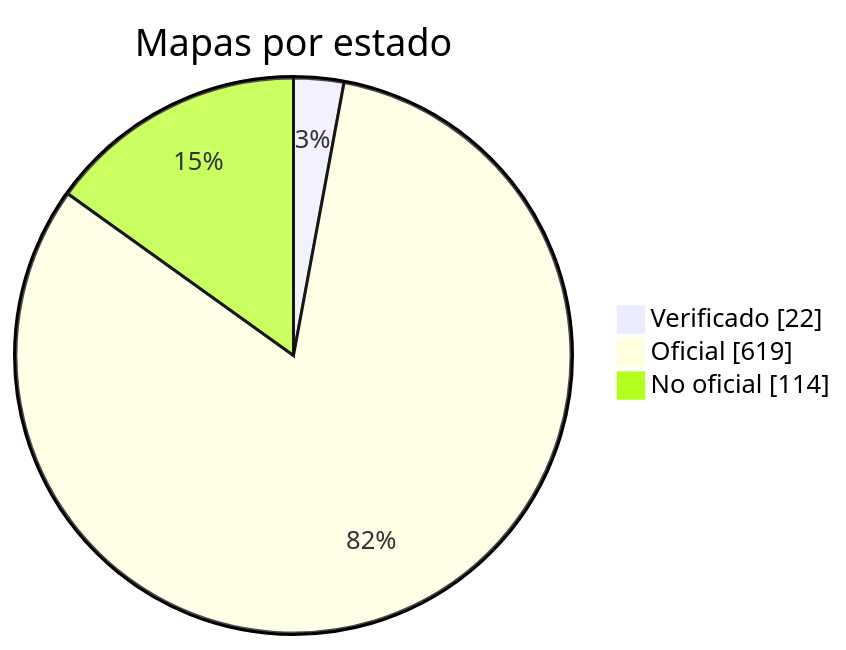
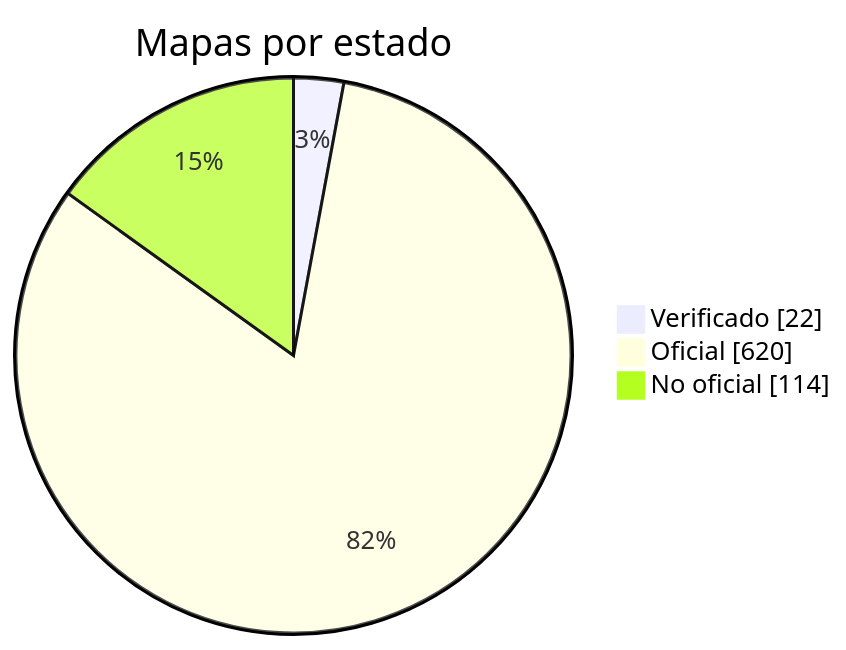
One commit to nobrega8/mbmap-library changed the diagram in docs/readme/README_ES.md. Above: the diagram before and after it, drawn with Mermaid. The commit also changed 6 other files, not shown here.

````diff
--- a/docs/readme/README_ES.md
+++ b/docs/readme/README_ES.md
@@ -54,7 +54,7 @@
 ```mermaid
 pie showData
     title Mapas por estado
     "Verificado" : 22
-    "Oficial" : 619
+    "Oficial" : 620
     "No oficial" : 114
 ```
````
